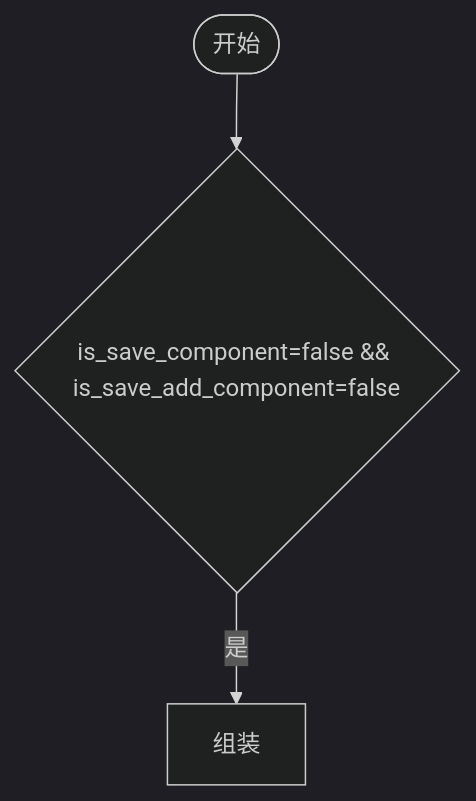
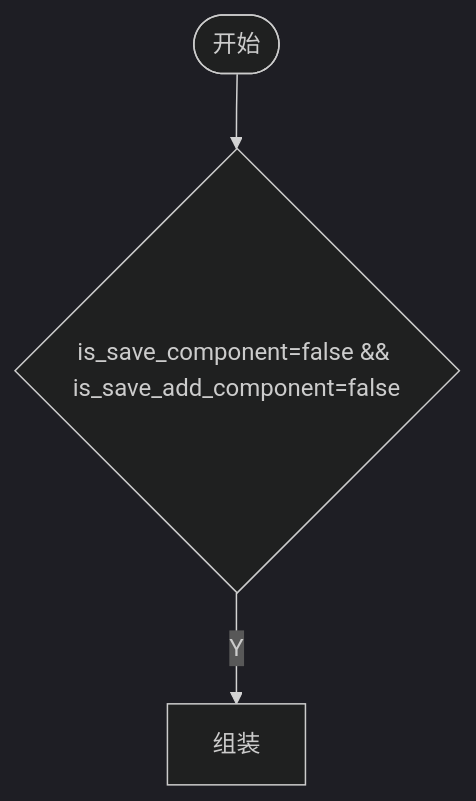
Before and after one commit to yingjianzh/iodraw-files: the diagram in all/未命名-7.md, drawn with Mermaid (dark theme).

Commit message:
2024-10-12 13:49:42 update

````diff
--- a/all/未命名-7.md
+++ b/all/未命名-7.md
@@ -1,7 +1,7 @@
 ```mermaid
 flowchart TD
     A([开始]) --> B{is_save_component=false && is_save_add_component=false}
-    B -- 是 --> C[组装]
+    B -- Y --> C[组装]
     
 
 ```
````
